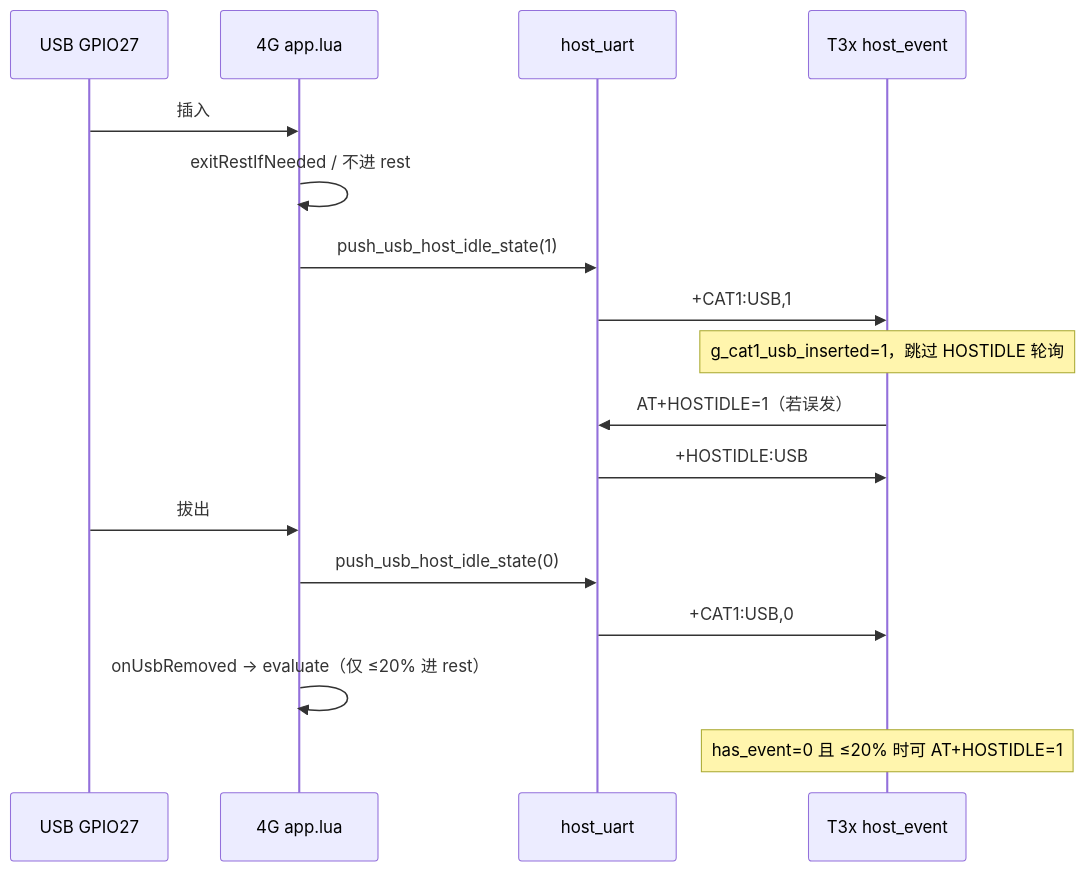
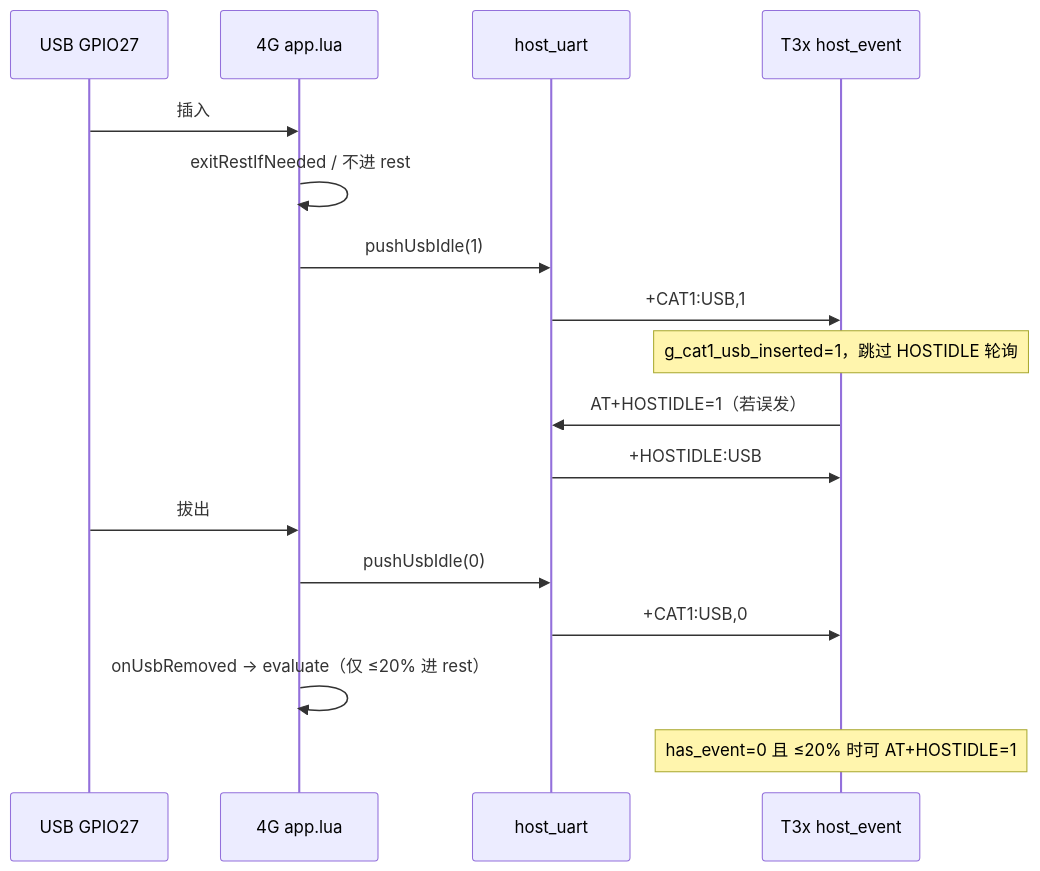
One commit to dzr1986/AIR780EHM changed the diagram in doc/T3X_USB_HOSTIDLE.md. Above: the diagram before and after it, drawn with Mermaid. The commit also changed other lines of this file and 84 other files, not shown here.

````diff
--- a/doc/T3X_USB_HOSTIDLE.md
+++ b/doc/T3X_USB_HOSTIDLE.md
@@ -27,22 +27,22 @@
 ```mermaid
 sequenceDiagram
     participant U as USB GPIO27
     participant G as 4G app.lua
     participant H as host_uart
     participant T as T3x host_event
 
     U->>G: 插入
     G->>G: exitRestIfNeeded / 不进 rest
-    G->>H: push_usb_host_idle_state(1)
+    G->>H: pushUsbIdle(1)
     H->>T: +CAT1:USB,1
     Note over T: g_cat1_usb_inserted=1，跳过 HOSTIDLE 轮询
 
     T->>H: AT+HOSTIDLE=1（若误发）
     H->>T: +HOSTIDLE:USB
 
     U->>G: 拔出
-    G->>H: push_usb_host_idle_state(0)
+    G->>H: pushUsbIdle(0)
     H->>T: +CAT1:USB,0
     G->>G: onUsbRemoved → evaluate（仅 ≤20% 进 rest）
     Note over T: has_event=0 且 ≤20% 时可 AT+HOSTIDLE=1
 ```
````
